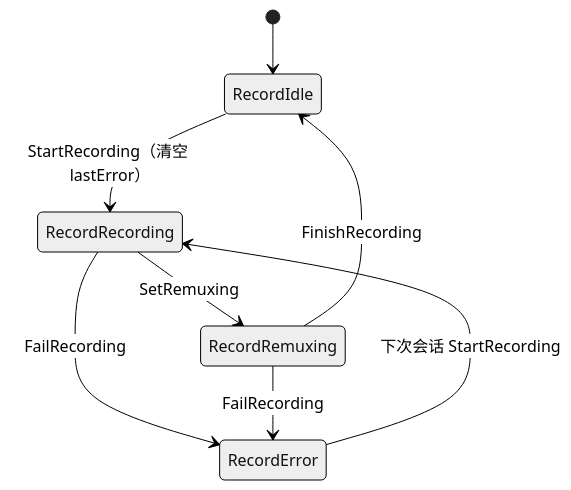
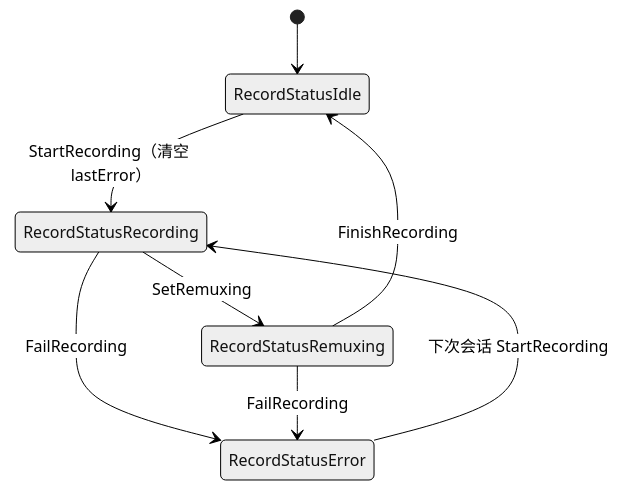
One commit to xgbt/suika changed the eighth of 8 diagrams in docs/design/ddd-domain-model.md. Above: the diagram before and after it, drawn with Mermaid (neutral theme). The commit also changed other lines of this file and 7 other files, not shown here.

First line of the commit message:
refactor: rename LiveState and RecordState to LiveStatus and RecordStatus for clarity

````diff
--- a/docs/design/ddd-domain-model.md
+++ b/docs/design/ddd-domain-model.md
@@ -548,10 +546,10 @@
 ```mermaid
 stateDiagram-v2
-    [*] --> RecordIdle
-    RecordIdle --> RecordRecording : StartRecording（清空 lastError）
-    RecordRecording --> RecordRemuxing : SetRemuxing
-    RecordRecording --> RecordError : FailRecording
-    RecordRemuxing --> RecordIdle : FinishRecording
-    RecordRemuxing --> RecordError : FailRecording
-    RecordError --> RecordRecording : 下次会话 StartRecording
+    [*] --> RecordStatusIdle
+    RecordStatusIdle --> RecordStatusRecording : StartRecording（清空 lastError）
+    RecordStatusRecording --> RecordStatusRemuxing : SetRemuxing
+    RecordStatusRecording --> RecordStatusError : FailRecording
+    RecordStatusRemuxing --> RecordStatusIdle : FinishRecording
+    RecordStatusRemuxing --> RecordStatusError : FailRecording
+    RecordStatusError --> RecordStatusRecording : 下次会话 StartRecording
 ```
````
